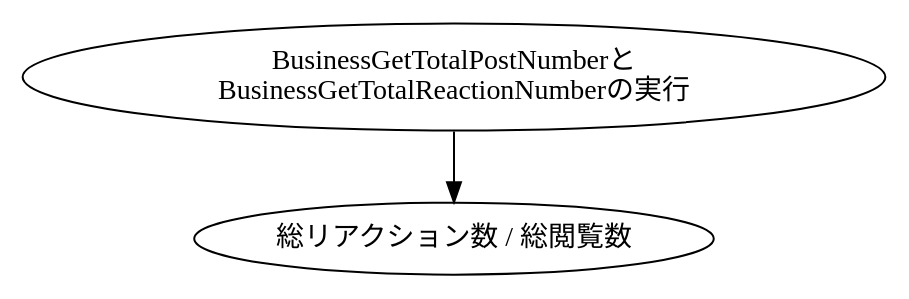
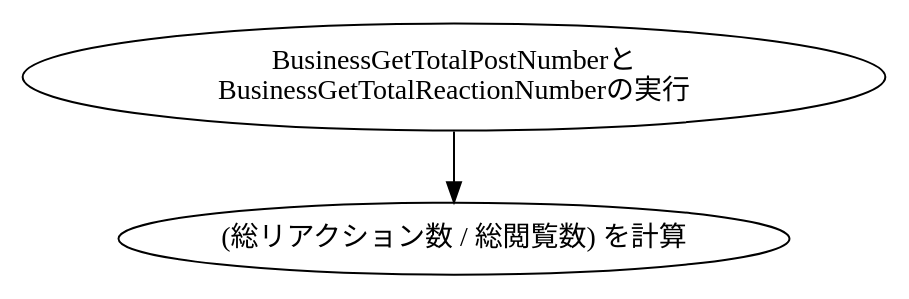
The diagram in dot/sato/BusinessGetEngagement.dot (KUT-Group12/internal_design), drawn with Graphviz before and after one commit. The commit also changed 100 other files, not shown here.

```diff
--- a/dot/sato/BusinessGetEngagement.dot
+++ b/dot/sato/BusinessGetEngagement.dot
@@ -1,8 +1,8 @@
 digraph G {
     #include "style.doth"
 
     info[label = "BusinessGetTotalPostNumberと\nBusinessGetTotalReactionNumberの実行"]
-    calc[label = "総リアクション数 / 総閲覧数"]
+    calc[label = "(総リアクション数 / 総閲覧数) を計算"]
 
     info -> calc
 }
```
